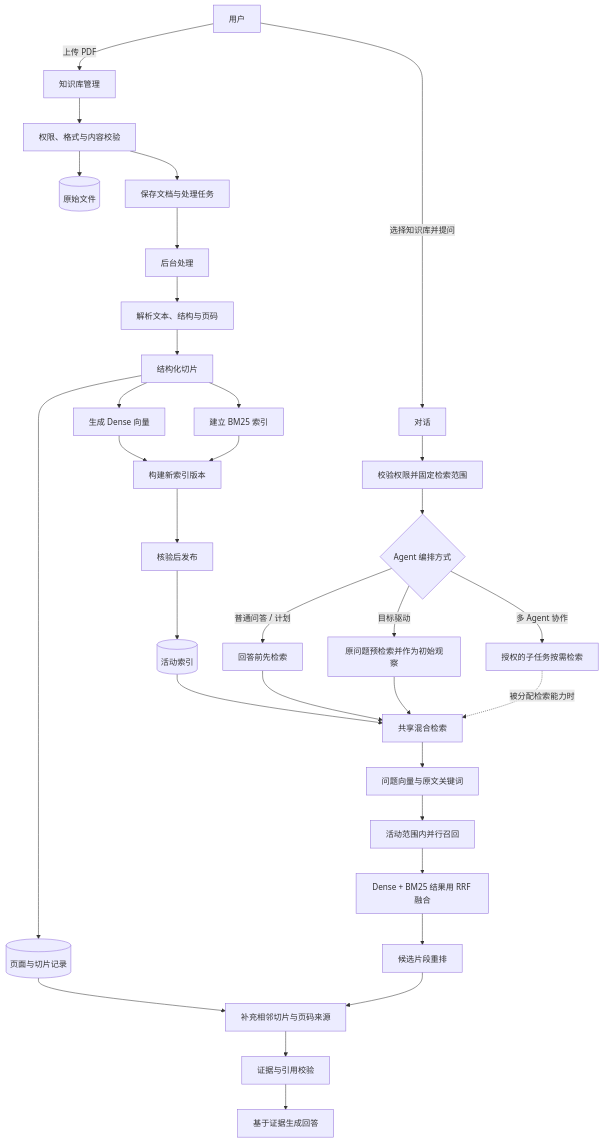
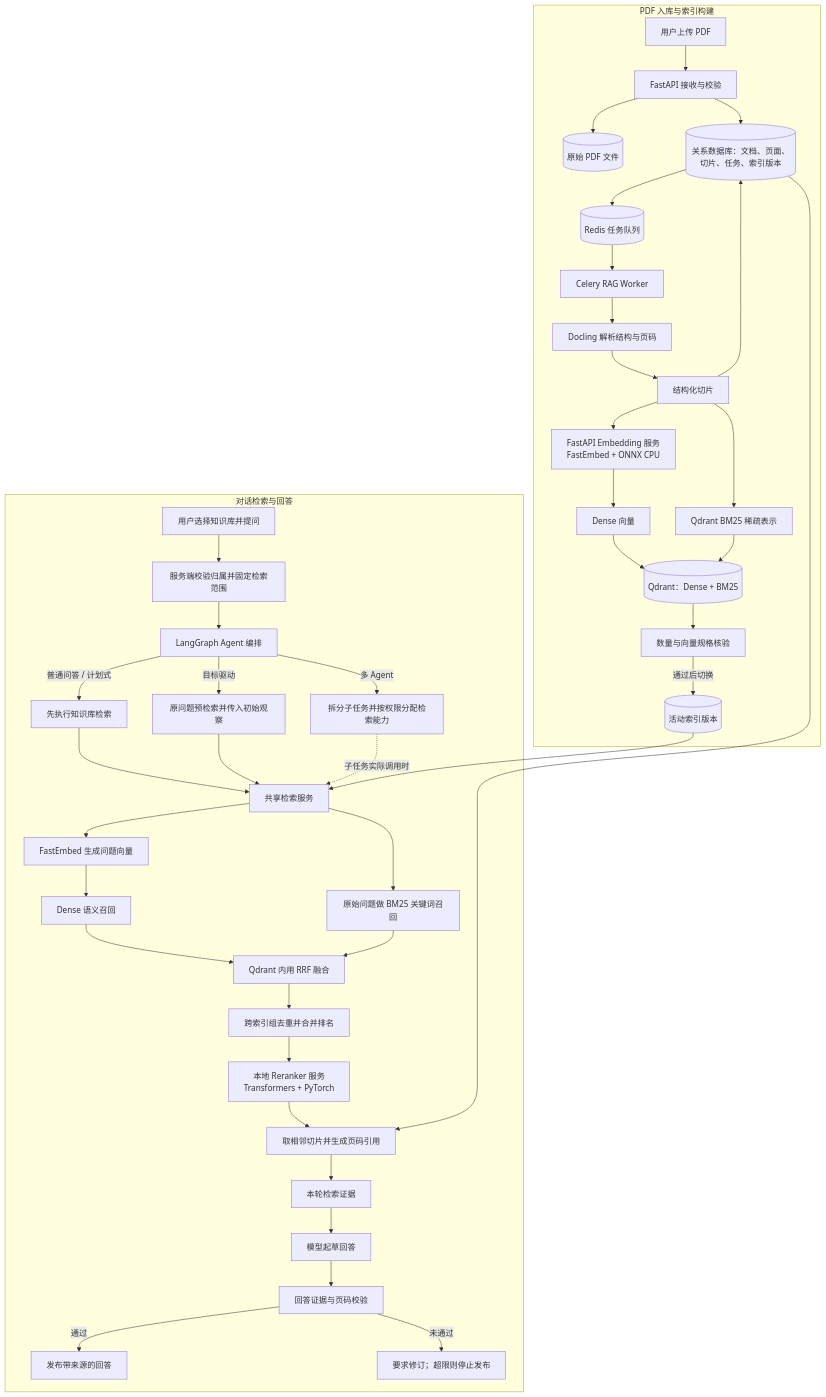
One commit to qzruncode/accumulation changed the diagram in rag/design.md. Above: the diagram before and after it, drawn with Mermaid. The commit also changed other lines of this file and 1 other file, not shown here.

Commit message:
docs: detail PDF RAG components and execution

````diff
--- a/rag/design.md
+++ b/rag/design.md
@@ -1,36 +1,46 @@
 ```mermaid
 flowchart TD
-    User[用户] -->|上传 PDF| Manage[知识库管理]
-    Manage --> Validate[权限、格式与内容校验]
-    Validate --> Original[(原始文件)]
-    Validate --> Record[保存文档与处理任务]
-    Record --> Queue[后台处理]
-    Queue --> Parse[解析文本、结构与页码]
-    Parse --> Chunk[结构化切片]
-    Chunk --> PageStore[(页面与切片记录)]
-    Chunk --> Dense[生成 Dense 向量]
-    Chunk --> BM25[建立 BM25 索引]
-    Dense --> Build[构建新索引版本]
-    BM25 --> Build
-    Build --> Verify[核验后发布]
-    Verify --> Active[(活动索引)]
+    subgraph Ingest[PDF 入库与索引构建]
+        User[用户上传 PDF] --> API[FastAPI 接收与校验]
+        API --> Blob[(原始 PDF 文件)]
+        API --> DB[(关系数据库：文档、页面、切片、任务、索引版本)]
+        DB --> Redis[(Redis 任务队列)]
+        Redis --> Worker[Celery RAG Worker]
+        Worker --> Docling[Docling 解析结构与页码]
+        Docling --> Chunk[结构化切片]
+        Chunk --> DB
+        Chunk --> EmbedService[FastAPI Embedding 服务<br/>FastEmbed + ONNX CPU]
+        EmbedService --> Dense[Dense 向量]
+        Chunk --> BM25[Qdrant BM25 稀疏表示]
+        Dense --> Qdrant[(Qdrant：Dense + BM25)]
+        BM25 --> Qdrant
+        Qdrant --> Verify[数量与向量规格核验]
+        Verify -->|通过后切换| Active[(活动索引版本)]
+    end
 
-    User -->|选择知识库并提问| Chat[对话]
-    Chat --> Scope[校验权限并固定检索范围]
-    Scope --> Route{Agent 编排方式}
-    Route -->|普通问答 / 计划| Forced[回答前先检索]
-    Route -->|目标驱动| PreSearch[原问题预检索并作为初始观察]
-    Route -->|多 Agent 协作| Delegated[授权的子任务按需检索]
-    Forced --> Retrieve[共享混合检索]
-    PreSearch --> Retrieve
-    Delegated -. 被分配检索能力时 .-> Retrieve
-    Active --> Retrieve
-    Retrieve --> QueryRep[问题向量与原文关键词]
-    QueryRep --> Recall[活动范围内并行召回]
-    Recall --> Fuse[Dense + BM25 结果用 RRF 融合]
-    Fuse --> Rerank[候选片段重排]
-    Rerank --> Context[补充相邻切片与页码来源]
-    PageStore --> Context
-    Context --> Check[证据与引用校验]
-    Check --> Answer[基于证据生成回答]
+    subgraph Query[对话检索与回答]
+        Chat[用户选择知识库并提问] --> Scope[服务端校验归属并固定检索范围]
+        Scope --> LangGraph[LangGraph Agent 编排]
+        LangGraph -->|普通问答 / 计划式| SearchTool[先执行知识库检索]
+        LangGraph -->|目标驱动| PreSearch[原问题预检索并传入初始观察]
+        LangGraph -->|多 Agent| Delegation[拆分子任务并按权限分配检索能力]
+        SearchTool --> Retrieval[共享检索服务]
+        PreSearch --> Retrieval
+        Delegation -. 子任务实际调用时 .-> Retrieval
+        Active --> Retrieval
+        Retrieval --> QueryEmbedding[FastEmbed 生成问题向量]
+        QueryEmbedding --> DenseRecall[Dense 语义召回]
+        Retrieval --> BM25Recall[原始问题做 BM25 关键词召回]
+        DenseRecall --> Fusion[Qdrant 内用 RRF 融合]
+        BM25Recall --> Fusion
+        Fusion --> Merge[跨索引组去重并合并排名]
+        Merge --> RerankService[本地 Reranker 服务<br/>Transformers + PyTorch]
+        RerankService --> Context[取相邻切片并生成页码引用]
+        DB --> Context
+        Context --> Evidence[本轮检索证据]
+        Evidence --> Draft[模型起草回答]
+        Draft --> AnswerCheck[回答证据与页码校验]
+        AnswerCheck -->|通过| Answer[发布带来源的回答]
+        AnswerCheck -->|未通过| Repair[要求修订；超限则停止发布]
+    end
 ```
````
